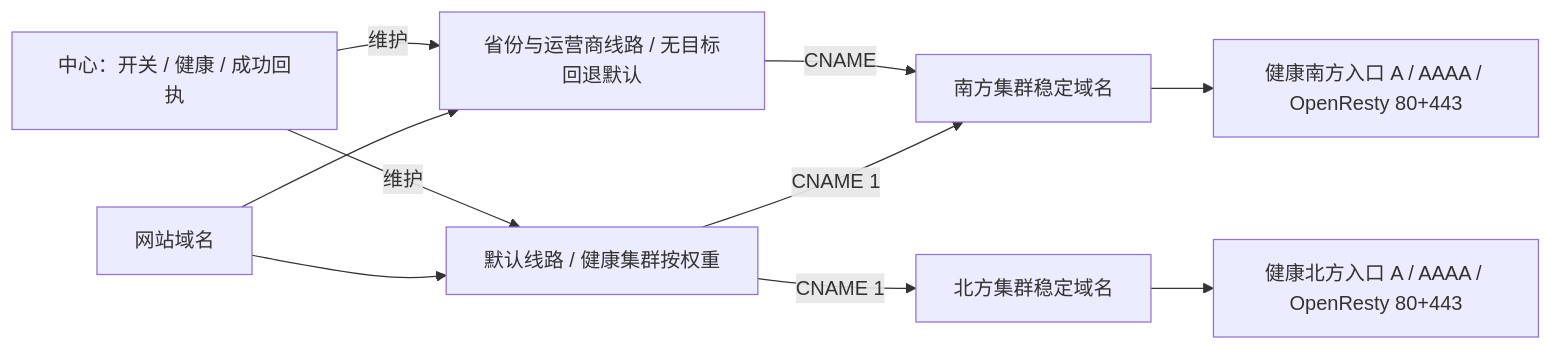
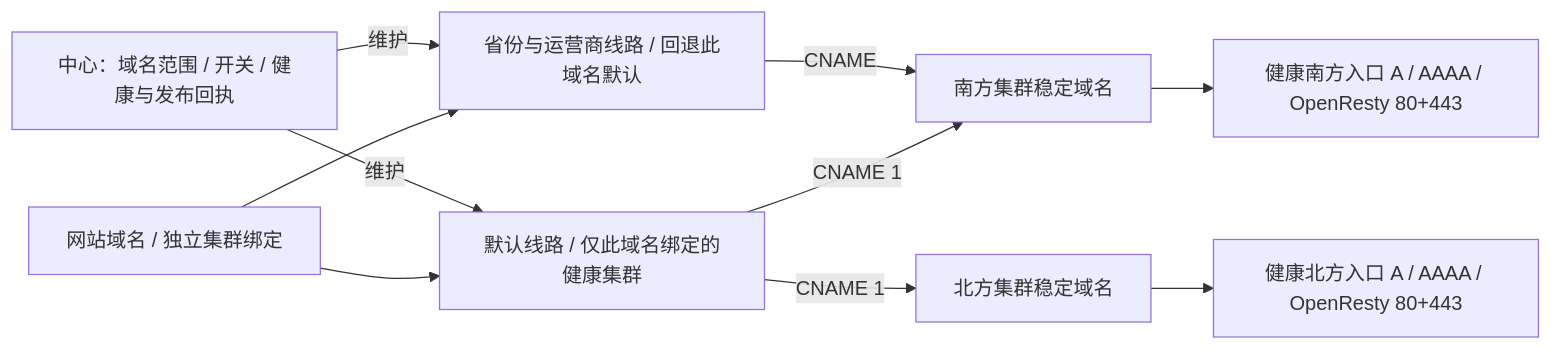
Diagram 17 of 17 in docs/system-design.md (workhold/lightmoni), drawn with Mermaid before and after one commit. The commit also changed other lines of this file and 27 other files, not shown here.

````diff
--- a/docs/system-design.md
+++ b/docs/system-design.md
@@ -1205,12 +1205,12 @@
 ```mermaid
 flowchart LR
-  site[网站域名] --> default[默认线路 / 健康集群按权重]
-  site --> special[省份与运营商线路 / 无目标回退默认]
+  site[网站域名 / 独立集群绑定] --> default[默认线路 / 仅此域名绑定的健康集群]
+  site --> special[省份与运营商线路 / 回退此域名默认]
   default -->|CNAME 1| south[南方集群稳定域名]
   default -->|CNAME 1| north[北方集群稳定域名]
   special -->|CNAME| south
   south --> southIP[健康南方入口 A / AAAA / OpenResty 80+443]
   north --> northIP[健康北方入口 A / AAAA / OpenResty 80+443]
-  health[中心：开关 / 健康 / 成功回执] -->|维护| default
+  health[中心：域名范围 / 开关 / 健康与发布回执] -->|维护| default
   health -->|维护| special
 ```
````
